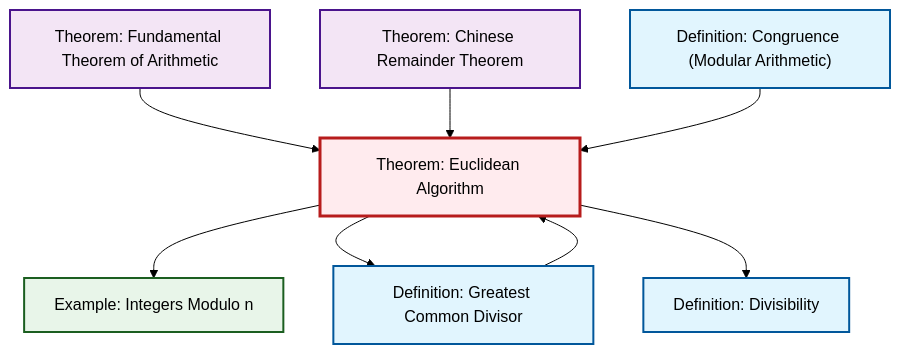
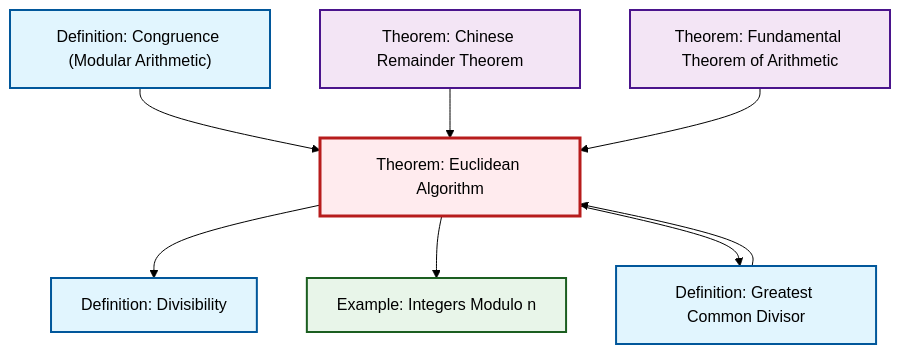
Before and after one commit to RK0429/ModernMath: the second of 2 diagrams in content/en/number-theory/thm-euclidean-algorithm.qmd, drawn with Mermaid (forest theme). The commit also changed other lines of this file and 1069 other files, not shown here.

````diff
--- a/content/en/number-theory/thm-euclidean-algorithm.qmd
+++ b/content/en/number-theory/thm-euclidean-algorithm.qmd
@@ -95,30 +95,30 @@
 ```{mermaid}
 %%| fig-cap: "Local dependency graph"
 graph TD
     classDef definition fill:#e1f5fe,stroke:#01579b,stroke-width:2px
     classDef theorem fill:#f3e5f5,stroke:#4a148c,stroke-width:2px
     classDef axiom fill:#fff3e0,stroke:#e65100,stroke-width:2px
     classDef example fill:#e8f5e9,stroke:#1b5e20,stroke-width:2px
     classDef current fill:#ffebee,stroke:#b71c1c,stroke-width:3px
-    thm-chinese-remainder["Theorem: Chinese Remainder Theorem"]:::theorem
-    thm-euclidean-algorithm["Theorem: Euclidean Algorithm"]:::theorem
-    def-gcd["Definition: Greatest Common Divisor"]:::definition
+    def-congruence["Definition: Congruence (Modular Arithmetic)"]:::definition
     def-divisibility["Definition: Divisibility"]:::definition
     thm-fundamental-arithmetic["Theorem: Fundamental Theorem of Arithmetic"]:::theorem
-    def-congruence["Definition: Congruence (Modular Arithmetic)"]:::definition
+    thm-euclidean-algorithm["Theorem: Euclidean Algorithm"]:::theorem
+    thm-chinese-remainder["Theorem: Chinese Remainder Theorem"]:::theorem
+    def-gcd["Definition: Greatest Common Divisor"]:::definition
     ex-quotient-integers-mod-n["Example: Integers Modulo n"]:::example
+    def-congruence --> thm-euclidean-algorithm
     def-gcd --> thm-euclidean-algorithm
+    thm-euclidean-algorithm --> def-divisibility
     thm-euclidean-algorithm --> ex-quotient-integers-mod-n
     thm-euclidean-algorithm --> def-gcd
+    thm-chinese-remainder --> thm-euclidean-algorithm
     thm-fundamental-arithmetic --> thm-euclidean-algorithm
-    thm-chinese-remainder --> thm-euclidean-algorithm
-    def-congruence --> thm-euclidean-algorithm
-    thm-euclidean-algorithm --> def-divisibility
     class thm-euclidean-algorithm current
+    click def-congruence "def-congruence.html" "Go to Congruence (Modular Arithmetic) definition"
+    click def-divisibility "def-divisibility.html" "Go to Divisibility definition"
+    click thm-fundamental-arithmetic "thm-fundamental-arithmetic.html" "Go to Fundamental Theorem of Arithmetic theorem"
     click thm-chinese-remainder "thm-chinese-remainder.html" "Go to Chinese Remainder Theorem theorem"
     click def-gcd "def-gcd.html" "Go to Greatest Common Divisor definition"
-    click def-divisibility "def-divisibility.html" "Go to Divisibility definition"
-    click thm-fundamental-arithmetic "thm-fundamental-arithmetic.html" "Go to Fundamental Theorem of Arithmetic theorem"
-    click def-congruence "def-congruence.html" "Go to Congruence (Modular Arithmetic) definition"
     click ex-quotient-integers-mod-n "ex-quotient-integers-mod-n.html" "Go to Integers Modulo n example"
 ```
````
